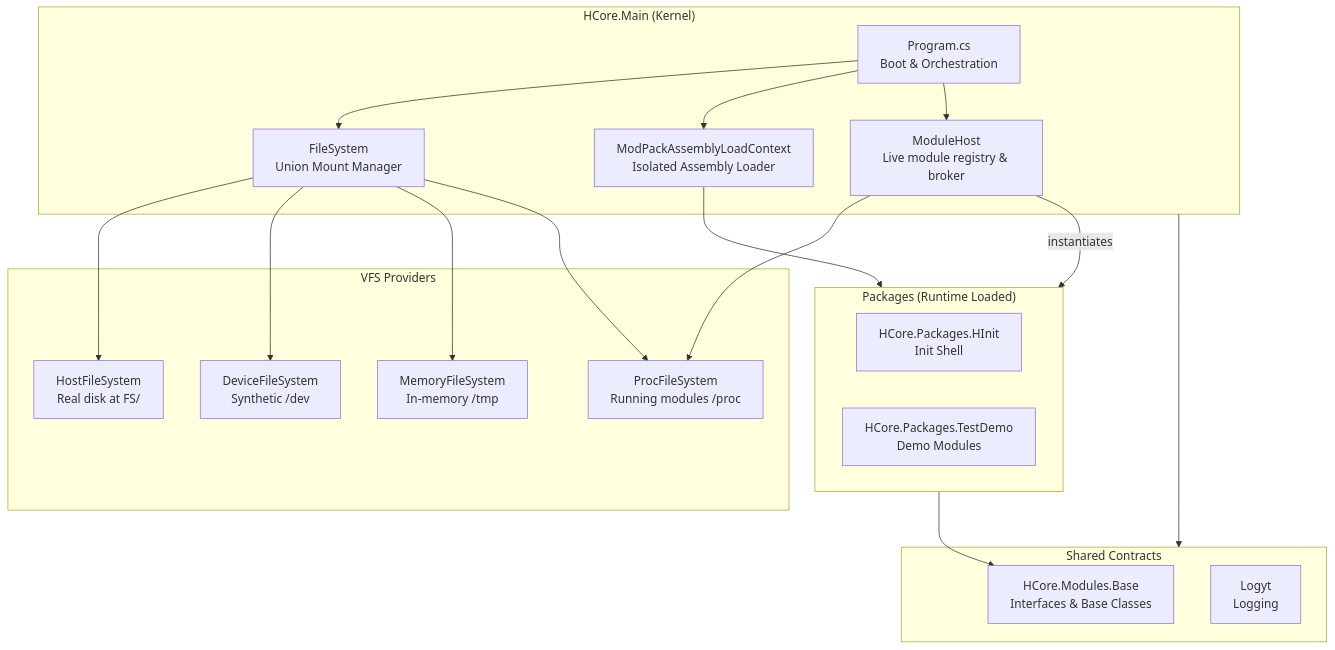
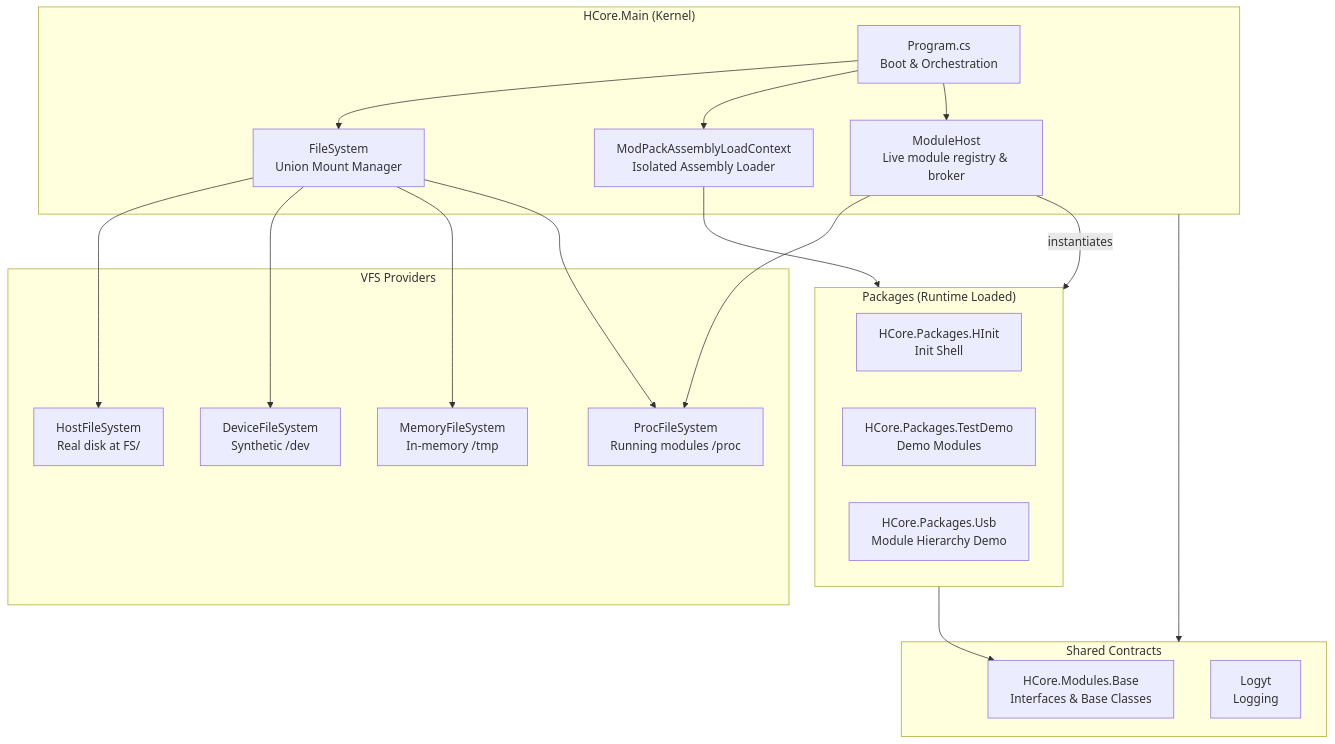
The first of 8 diagrams in docs/ARCHITECTURE.md (Ardumine/hcore), drawn with Mermaid before and after one commit. The commit also changed other lines of this file and 30 other files, not shown here.

First line of the commit message:
Add module hierarchy (Design D): SpawnChild, cascade kill, nested /proc

````diff
--- a/docs/ARCHITECTURE.md
+++ b/docs/ARCHITECTURE.md
@@ -7,39 +7,40 @@
 ```mermaid
 graph TB
     subgraph Kernel["HCore.Main (Kernel)"]
         Program[Program.cs<br/>Boot & Orchestration]
         VFS[FileSystem<br/>Union Mount Manager]
         Loader[ModPackAssemblyLoadContext<br/>Isolated Assembly Loader]
         MHost[ModuleHost<br/>Live module registry & broker]
     end
 
     subgraph VFSProviders["VFS Providers"]
         Host[HostFileSystem<br/>Real disk at FS/]
         Dev[DeviceFileSystem<br/>Synthetic /dev]
         Mem[MemoryFileSystem<br/>In-memory /tmp]
         Proc[ProcFileSystem<br/>Running modules /proc]
     end
 
     subgraph Packages["Packages (Runtime Loaded)"]
         HInit[HCore.Packages.HInit<br/>Init Shell]
         TestDemo[HCore.Packages.TestDemo<br/>Demo Modules]
+        Usb[HCore.Packages.Usb<br/>Module Hierarchy Demo]
     end
 
     subgraph Shared["Shared Contracts"]
         Base[HCore.Modules.Base<br/>Interfaces & Base Classes]
         Logyt[Logyt<br/>Logging]
     end
 
     Program --> VFS
     Program --> Loader
     Program --> MHost
     VFS --> Host
     VFS --> Dev
     VFS --> Mem
     VFS --> Proc
     Loader --> Packages
     MHost -->|instantiates| Packages
     MHost --> Proc
     Kernel --> Shared
     Packages --> Base
 ```
````
